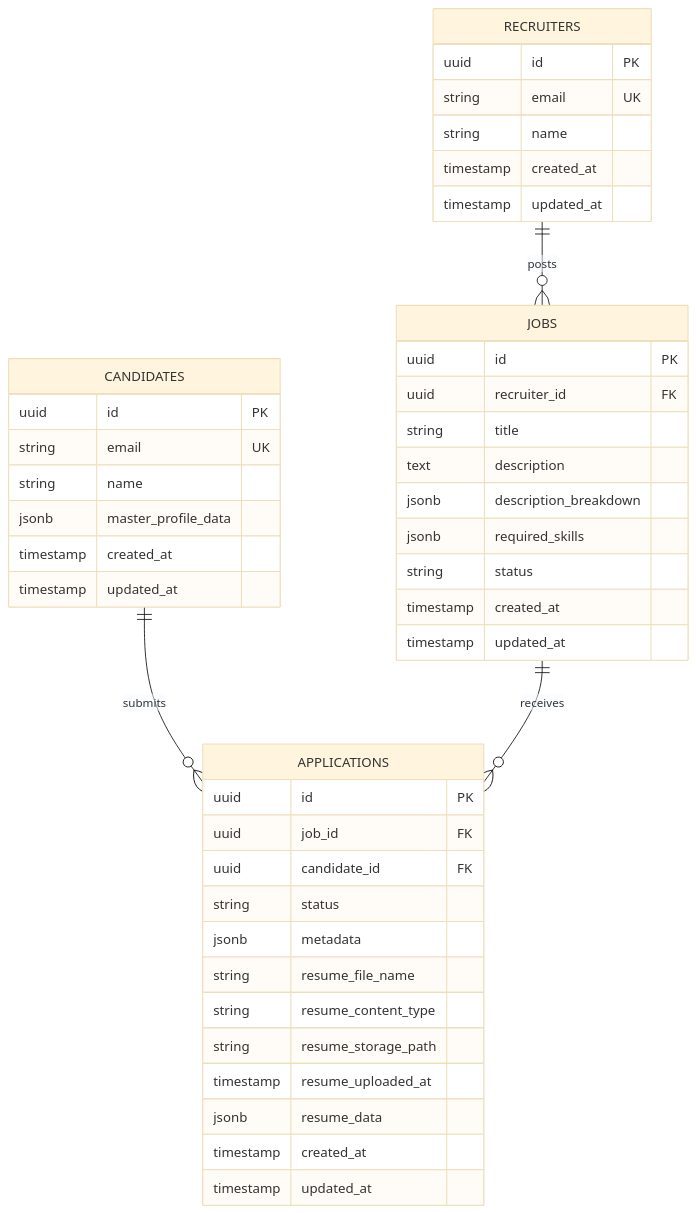
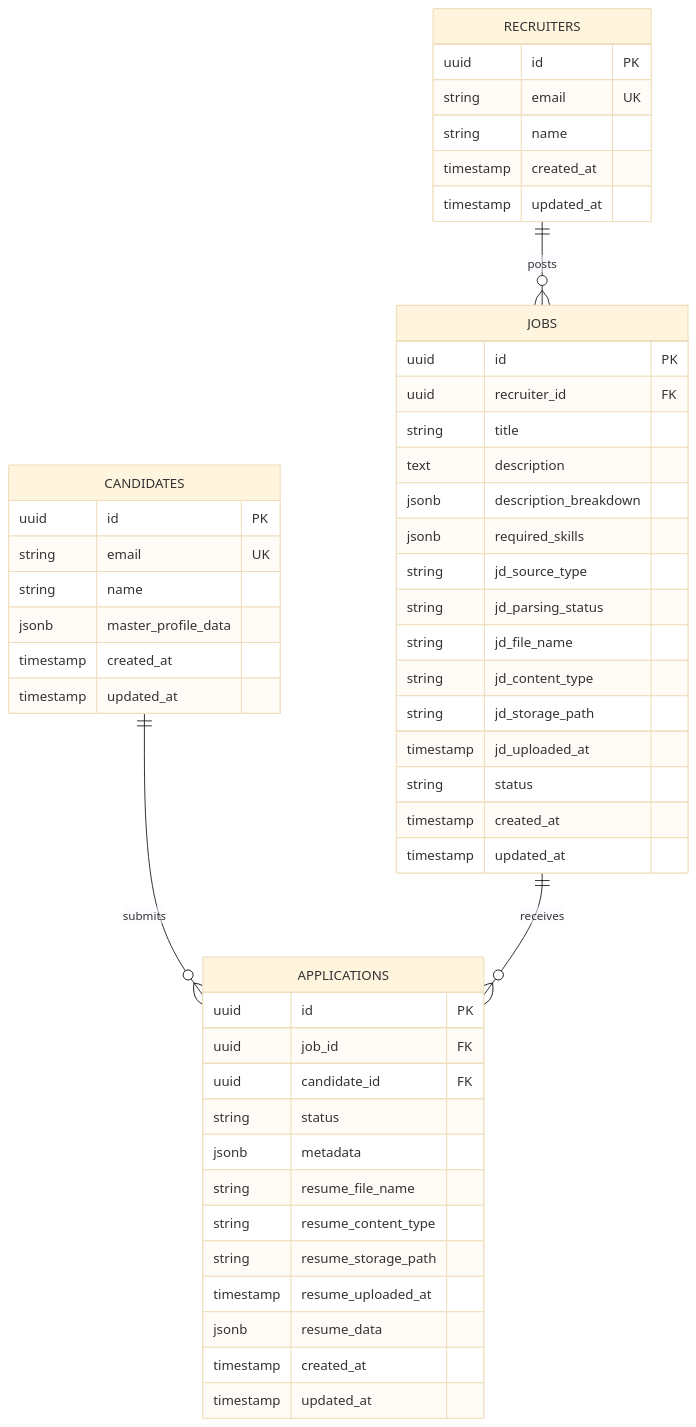
The first of 2 diagrams in docs/DATABASE.md (afnan-emumba/smart-hire), drawn with Mermaid (base theme) before and after one commit. The commit also changed other lines of this file and 19 other files, not shown here.

````diff
--- a/docs/DATABASE.md
+++ b/docs/DATABASE.md
@@ -9,50 +9,56 @@
 ```mermaid
 erDiagram
     RECRUITERS ||--o{ JOBS : posts
     CANDIDATES ||--o{ APPLICATIONS : submits
     JOBS ||--o{ APPLICATIONS : receives
 
     RECRUITERS {
         uuid id PK
         string email UK
         string name
         timestamp created_at
         timestamp updated_at
     }
 
     CANDIDATES {
         uuid id PK
         string email UK
         string name
         jsonb master_profile_data
         timestamp created_at
         timestamp updated_at
     }
 
     JOBS {
         uuid id PK
         uuid recruiter_id FK
         string title
         text description
         jsonb description_breakdown
         jsonb required_skills
+        string jd_source_type
+        string jd_parsing_status
+        string jd_file_name
+        string jd_content_type
+        string jd_storage_path
+        timestamp jd_uploaded_at
         string status
         timestamp created_at
         timestamp updated_at
     }
 
     APPLICATIONS {
         uuid id PK
         uuid job_id FK
         uuid candidate_id FK
         string status
         jsonb metadata
         string resume_file_name
         string resume_content_type
         string resume_storage_path
         timestamp resume_uploaded_at
         jsonb resume_data
         timestamp created_at
         timestamp updated_at
     }
 ```
````
